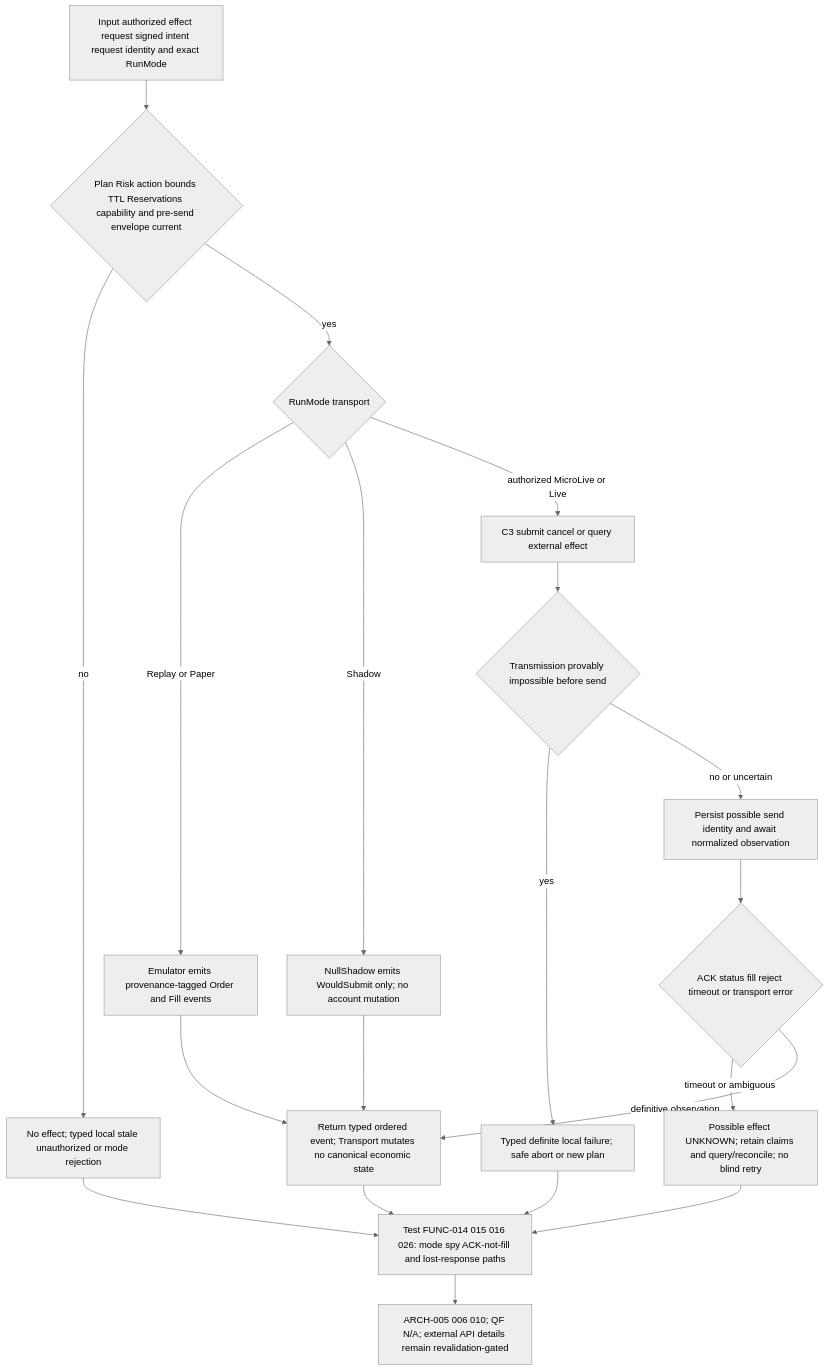
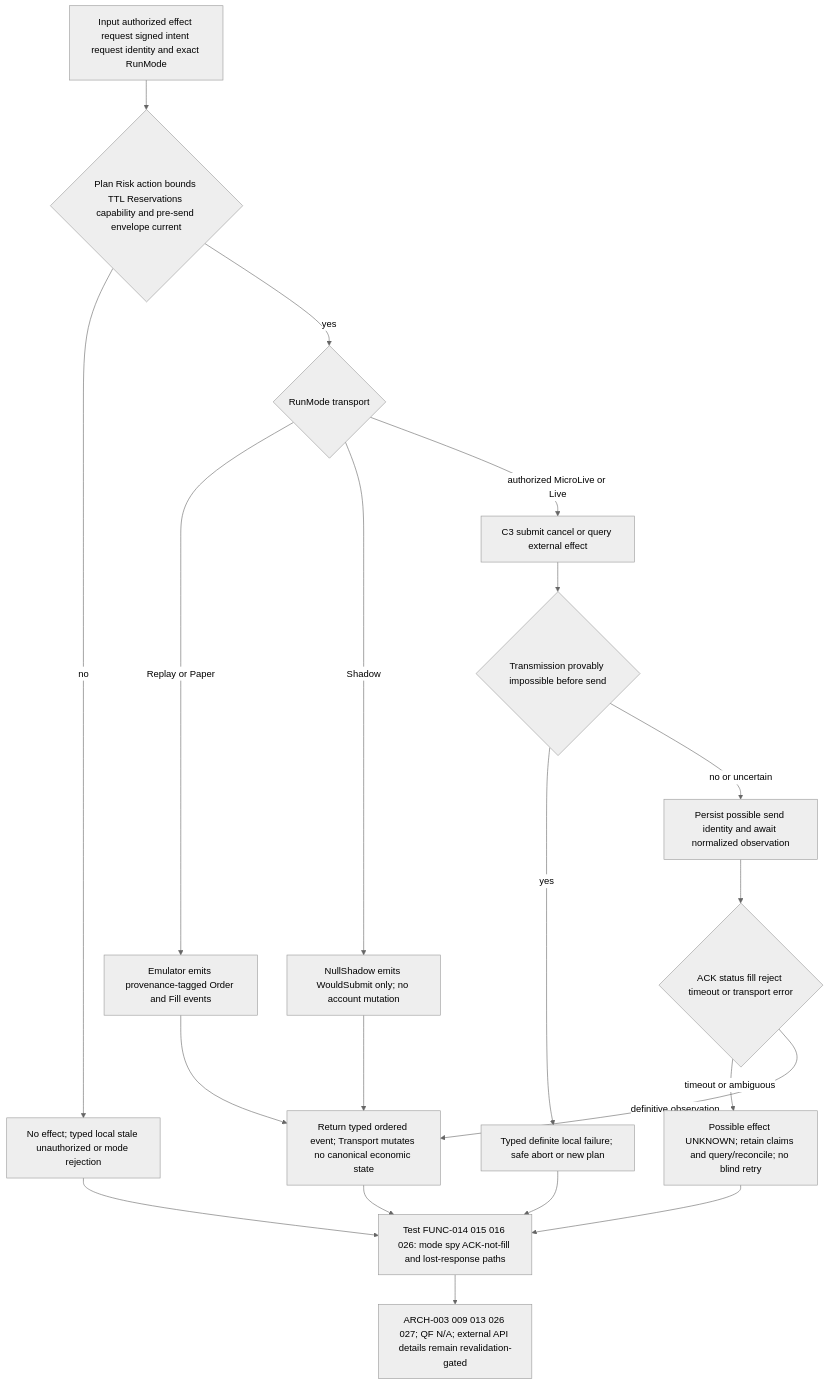
Diagram 35 of 37 in docs_v2/deep-specs/architecture/15_ARCHITECTURE_VISUAL_ATLAS.md (Insular2895/hyperliquid-arbitrage-bot), drawn with Mermaid (neutral theme) before and after one commit. The commit also changed other lines of this file and 3 other files, not shown here.

````diff
--- a/docs_v2/deep-specs/architecture/15_ARCHITECTURE_VISUAL_ATLAS.md
+++ b/docs_v2/deep-specs/architecture/15_ARCHITECTURE_VISUAL_ATLAS.md
@@ -1322,22 +1335,22 @@
 ```mermaid
 flowchart TD
     I35["Input authorized effect request signed intent request identity and exact RunMode"] --> V35{"Plan Risk action bounds TTL Reservations capability and pre-send envelope current"}
     V35 -->|no| R35["No effect; typed local stale unauthorized or mode rejection"]
     V35 -->|yes| M35{"RunMode transport"}
     M35 -->|Replay or Paper| E35["Emulator emits provenance-tagged Order and Fill events"]
     M35 -->|Shadow| W35["NullShadow emits WouldSubmit only; no account mutation"]
     M35 -->|authorized MicroLive or Live| X35["C3 submit cancel or query external effect"]
     X35 --> P35{"Transmission provably impossible before send"}
     P35 -->|yes| L35["Typed definite local failure; safe abort or new plan"]
     P35 -->|no or uncertain| S35["Persist possible send identity and await normalized observation"]
     S35 --> A35{"ACK status fill reject timeout or transport error"}
     A35 -->|timeout or ambiguous| U35["Possible effect UNKNOWN; retain claims and query/reconcile; no blind retry"]
     A35 -->|definitive observation| O35["Return typed ordered event; Transport mutates no canonical economic state"]
     E35 --> O35
     W35 --> O35
     O35 --> T35["Test FUNC-014 015 016 026: mode spy ACK-not-fill and lost-response paths"]
     R35 --> T35
     L35 --> T35
     U35 --> T35
-    T35 --> Z35["ARCH-005 006 010; QF N/A; external API details remain revalidation-gated"]
+    T35 --> Z35["ARCH-003 009 013 026 027; QF N/A; external API details remain revalidation-gated"]
 ```
````
